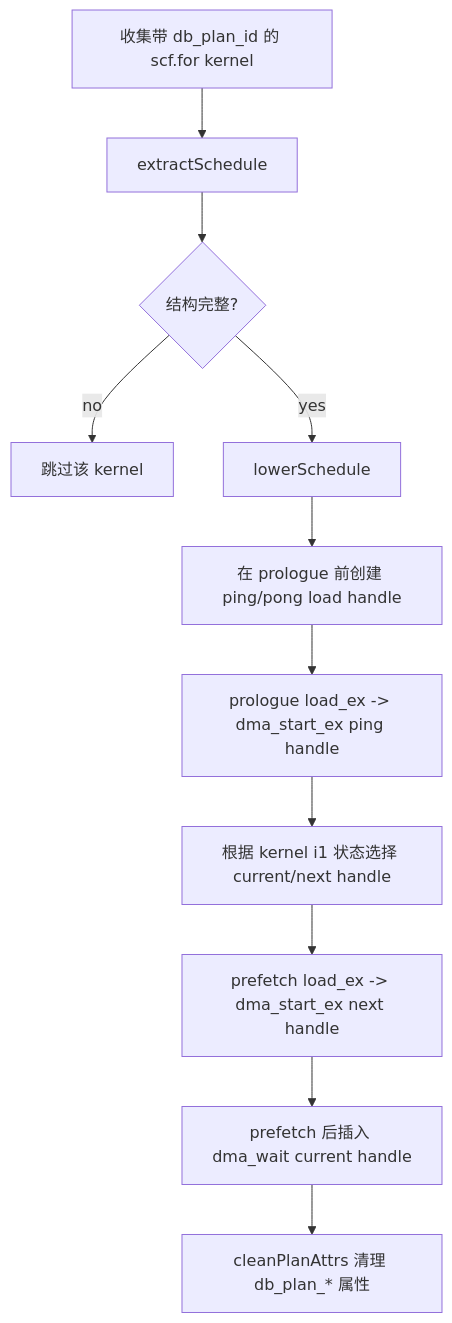
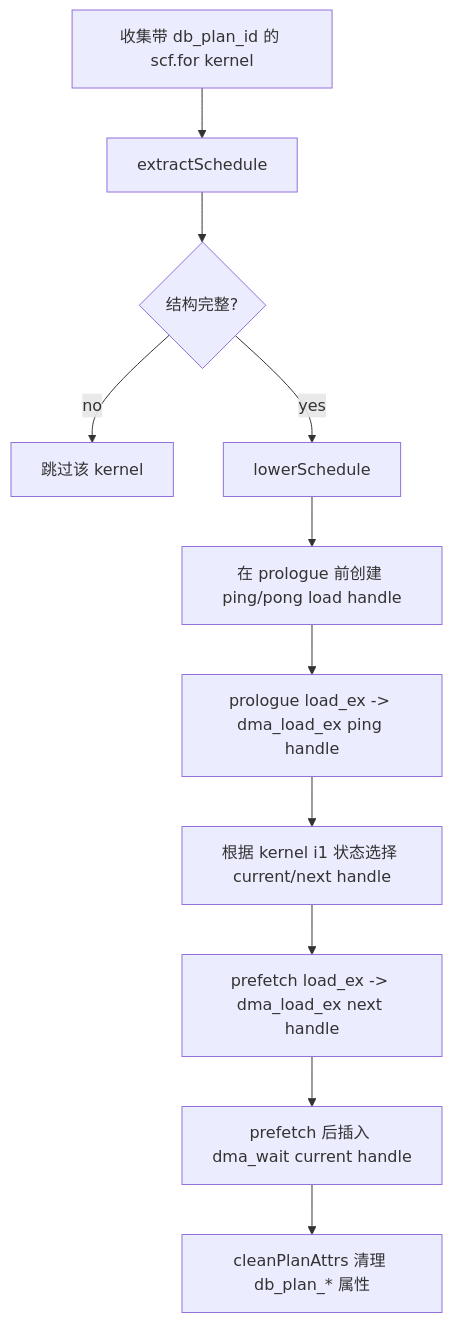
Before and after one commit to yangyang-lgtm/test-mlir: the first of 4 diagrams in docs/HexagonDoubleBufferDMALoweringExtPass.md, drawn with Mermaid. The commit also changed other lines of this file and 15 other files, not shown here.

````diff
--- a/docs/HexagonDoubleBufferDMALoweringExtPass.md
+++ b/docs/HexagonDoubleBufferDMALoweringExtPass.md
@@ -39,13 +39,13 @@
 ```mermaid
 flowchart TD
   A[收集带 db_plan_id 的 scf.for kernel] --> B[extractSchedule]
   B --> C{结构完整?}
   C -- no --> Skip[跳过该 kernel]
   C -- yes --> D[lowerSchedule]
   D --> E[在 prologue 前创建 ping/pong load handle]
-  E --> F[prologue load_ex -> dma_start_ex ping handle]
+  E --> F[prologue load_ex -> dma_load_ex ping handle]
   F --> G[根据 kernel i1 状态选择 current/next handle]
-  G --> H[prefetch load_ex -> dma_start_ex next handle]
+  G --> H[prefetch load_ex -> dma_load_ex next handle]
   H --> I[prefetch 后插入 dma_wait current handle]
   I --> J[cleanPlanAttrs 清理 db_plan_* 属性]
 ```
````
